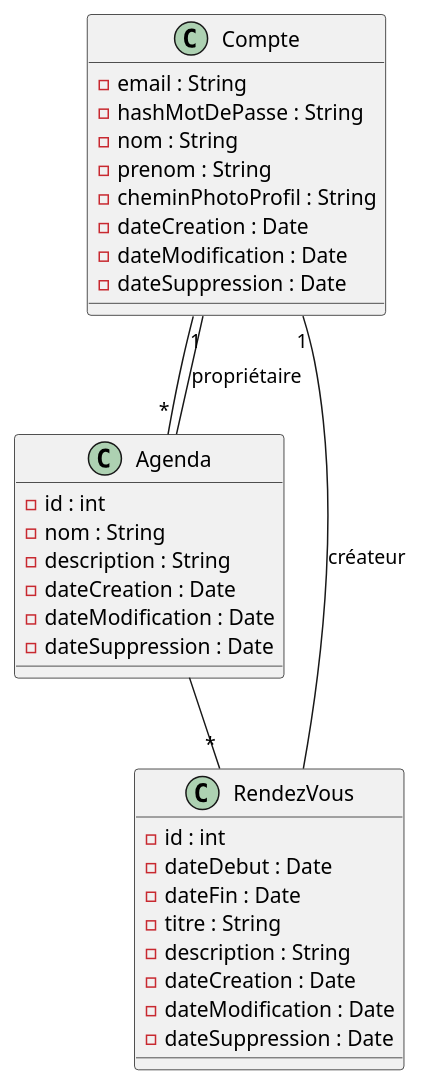
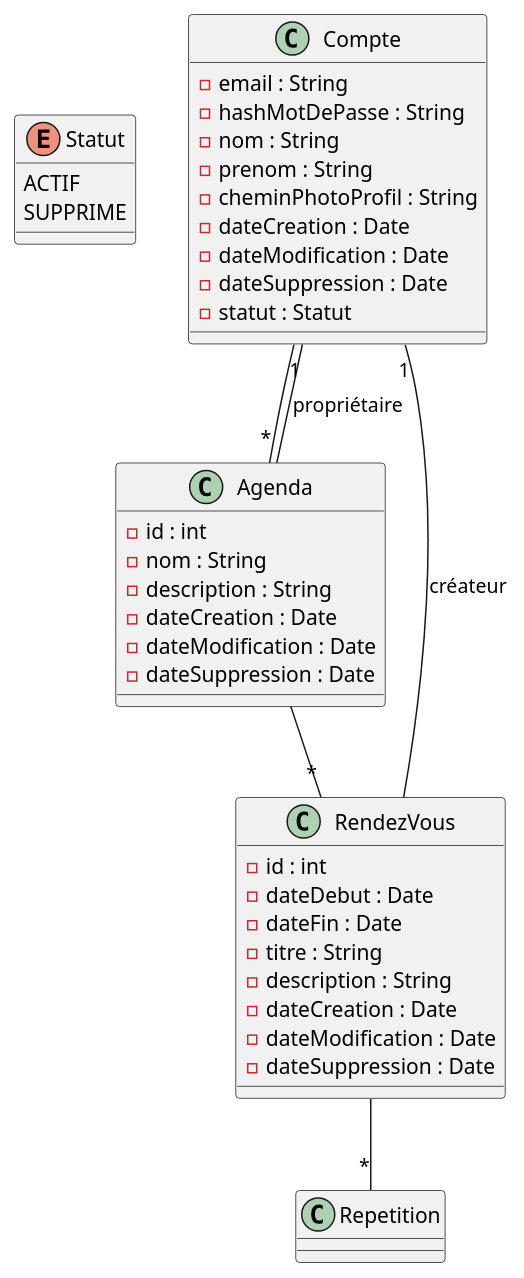
Before and after one commit to lmtb06/Schedulo: the diagram in diagrammes/all.puml, drawn with PlantUML.

Commit message:
Ajout des énumérations et classes pour gérer les statuts et répétitions des rendez-vous

```diff
--- a/diagrammes/all.puml
+++ b/diagrammes/all.puml
@@ -1,40 +1,50 @@
 @startuml
+enum Statut {
+    ACTIF
+    SUPPRIME
+}
 
 class Compte {
     - email : String
     - hashMotDePasse : String
     - nom : String
     - prenom : String
     - cheminPhotoProfil : String
     - dateCreation : Date
     - dateModification : Date
     - dateSuppression : Date
+    - statut : Statut
 }
 
 class Agenda {
     - id : int
     - nom : String
     - description : String
     - dateCreation : Date
     - dateModification : Date
     - dateSuppression : Date
 }
 
 Compte --"*" Agenda
 Agenda --"1" Compte : propriétaire
 
 class RendezVous {
     - id : int
     - dateDebut : Date
     - dateFin : Date
     - titre : String
     - description : String
     - dateCreation : Date
     - dateModification : Date
     - dateSuppression : Date
 }
 
 Agenda --"*" RendezVous
 RendezVous --"1" Compte : créateur
 
+class Repetition {
+    
+}
+
+RendezVous --"*" Repetition
 @enduml
```
